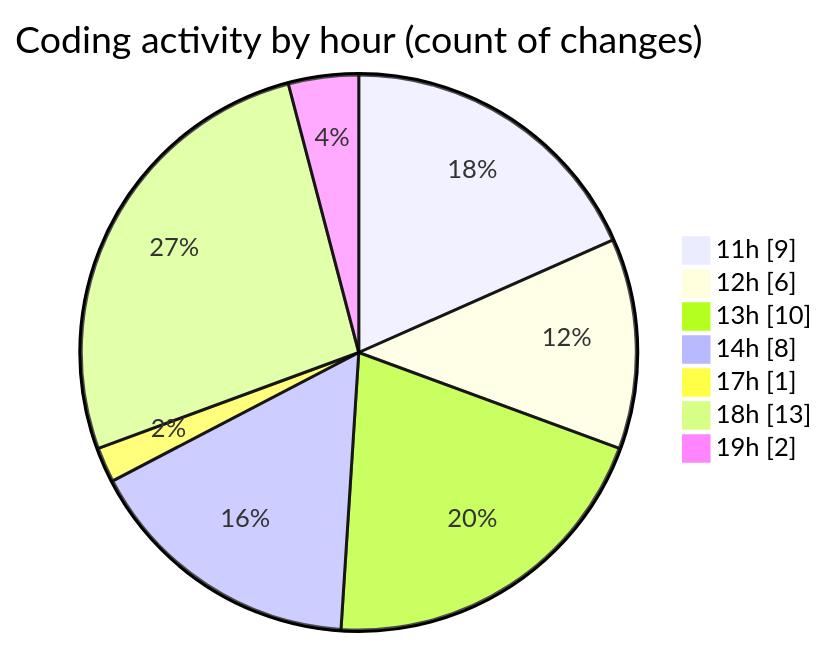
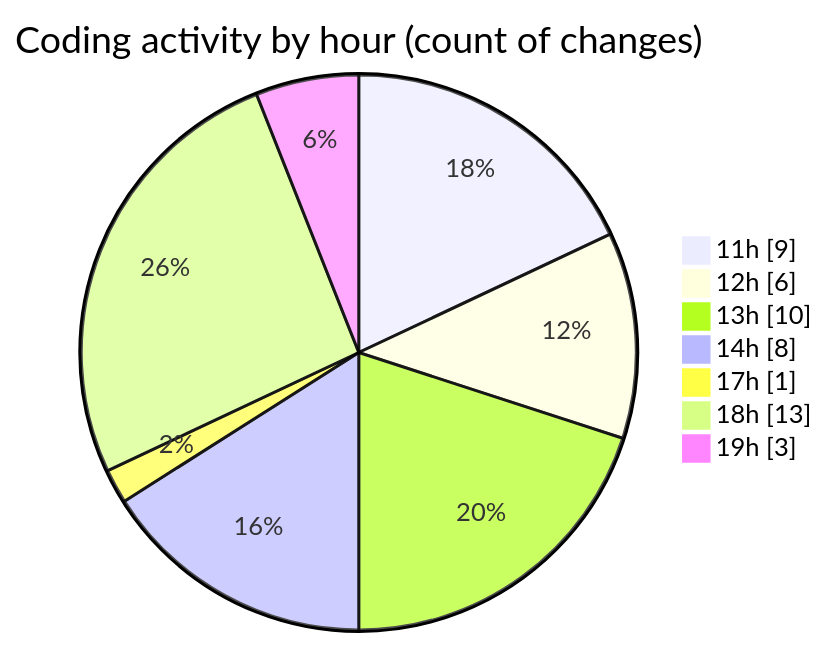
One commit to BS-eng2023/code-tracking changed the second of 2 diagrams in 2025-05-08/recipe-app/README.md. Above: the diagram before and after it, drawn with Mermaid. The commit also changed other lines of this file and 1 other file, not shown here.

````diff
--- a/2025-05-08/recipe-app/README.md
+++ b/2025-05-08/recipe-app/README.md
@@ -35,11 +35,11 @@
 ```mermaid
 pie showData
 title Coding activity by hour (count of changes)
 "11h" : 9
 "12h" : 6
 "13h" : 10
 "14h" : 8
 "17h" : 1
 "18h" : 13
-"19h" : 2
+"19h" : 3
 ```
````
